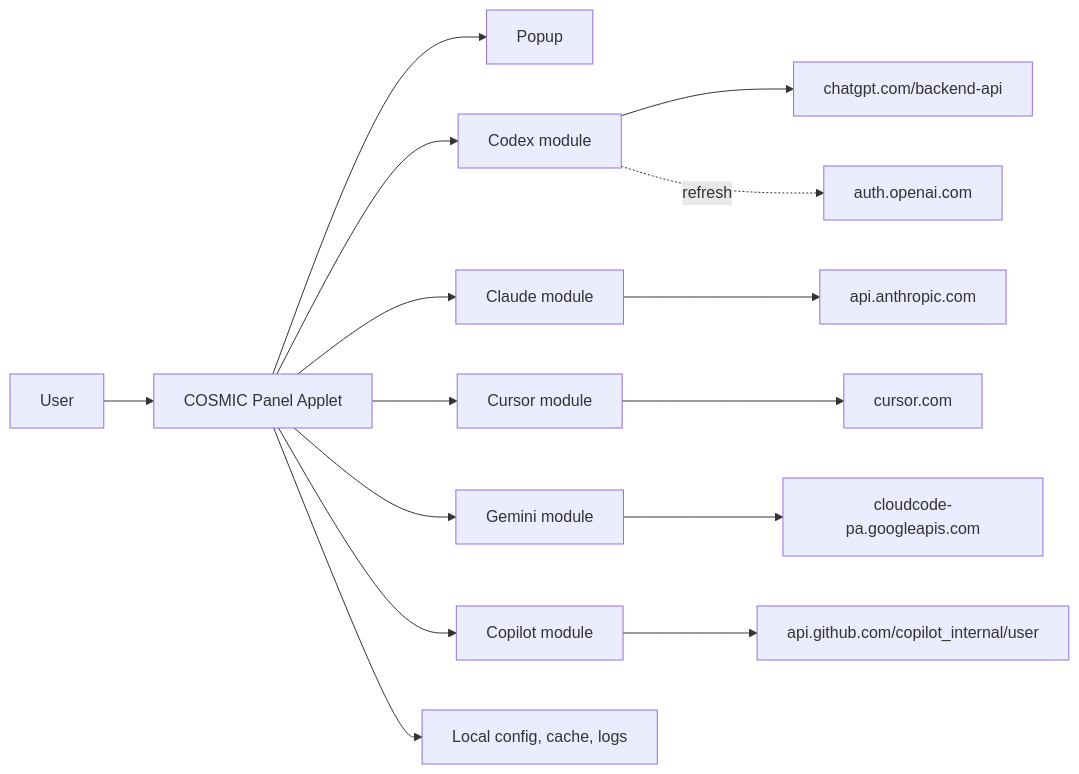
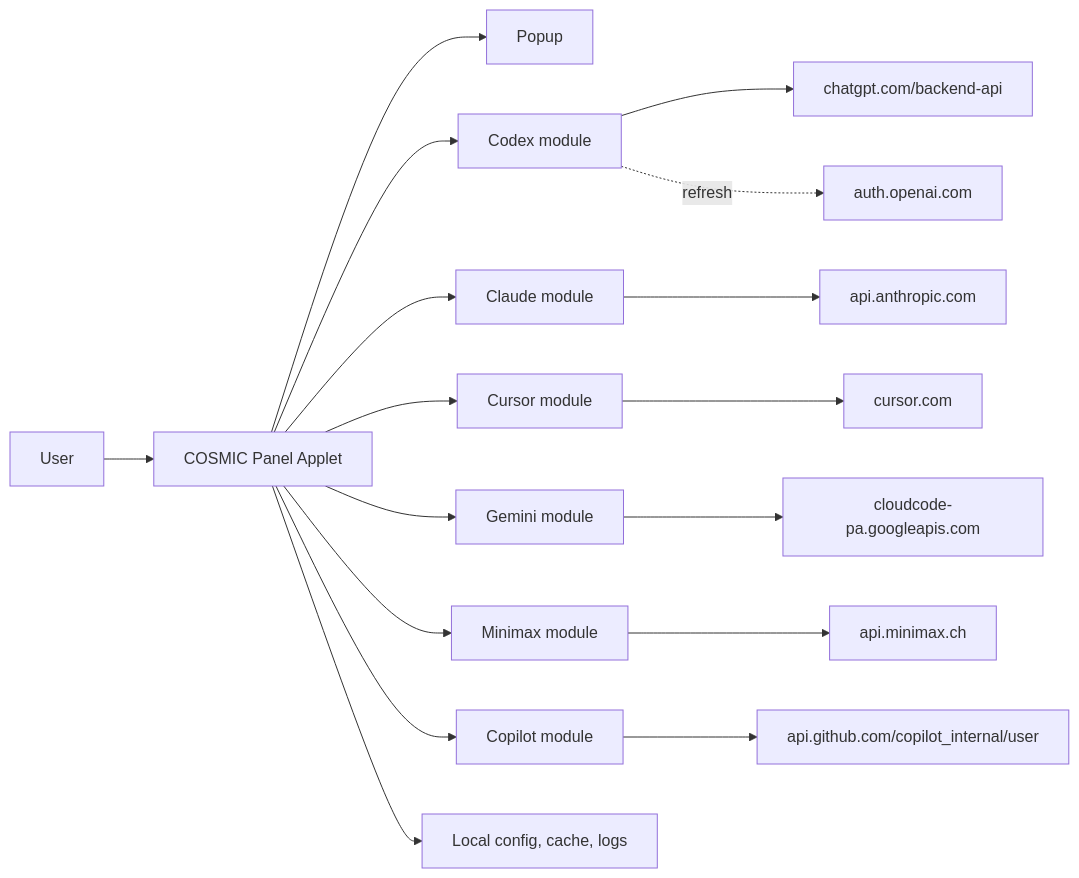
Before and after one commit to brendanjerwin/yapcap: the first of 2 diagrams in docs/spec.md, drawn with Mermaid. The commit also changed other lines of this file and 1 other file, not shown here.

First line of the commit message:
docs: add Minimax provider to README and spec

````diff
--- a/docs/spec.md
+++ b/docs/spec.md
@@ -66,17 +66,19 @@
 ```mermaid
 flowchart LR
     User[User] --> Panel[COSMIC Panel Applet]
     Panel --> Popup[Popup]
     Panel --> Codex[Codex module]
     Panel --> Claude[Claude module]
     Panel --> Cursor[Cursor module]
     Panel --> Gemini[Gemini module]
+    Panel --> Minimax[Minimax module]
     Panel --> Copilot[Copilot module]
     Codex --> OpenAI[chatgpt.com/backend-api]
     Codex -.refresh.-> OpenAIAuth[auth.openai.com]
     Claude --> Anthropic[api.anthropic.com]
     Cursor --> CursorAPI[cursor.com]
     Gemini --> GeminiAPI[cloudcode-pa.googleapis.com]
+    Minimax --> MinimaxAPI[api.minimax.ch]
     Copilot --> GitHubCopilot[api.github.com/copilot_internal/user]
     Panel --> Local[Local config, cache, logs]
 ```
````
